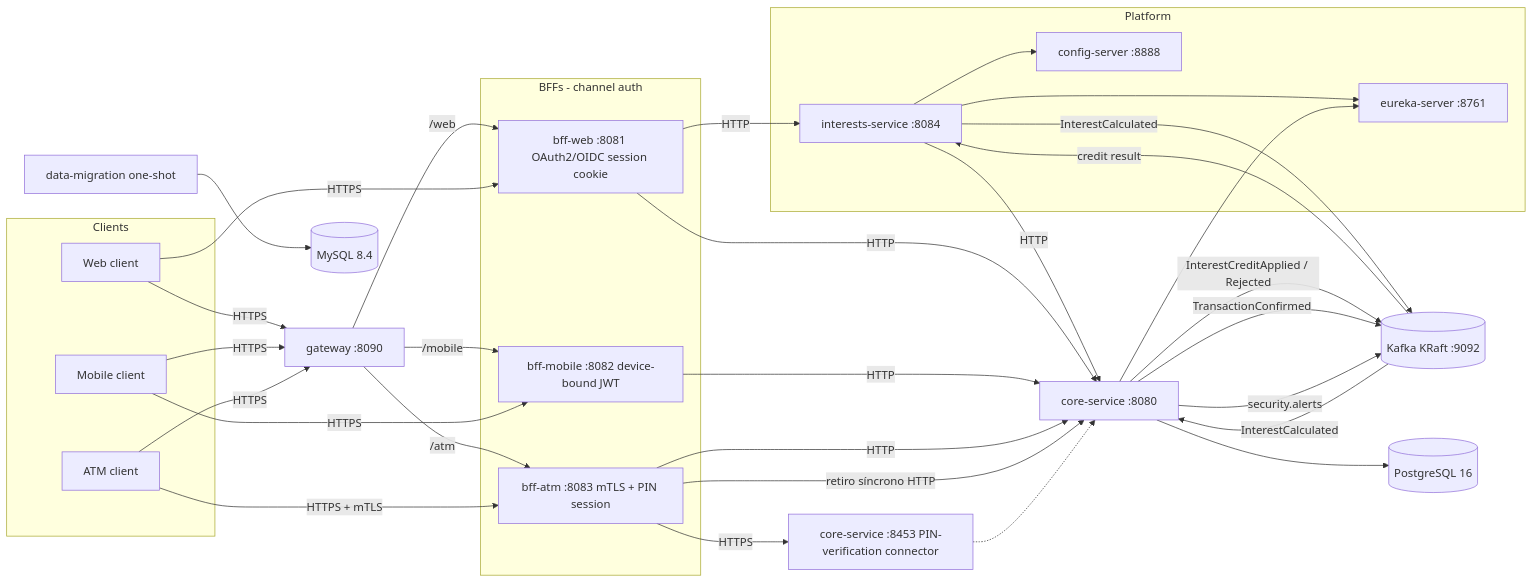
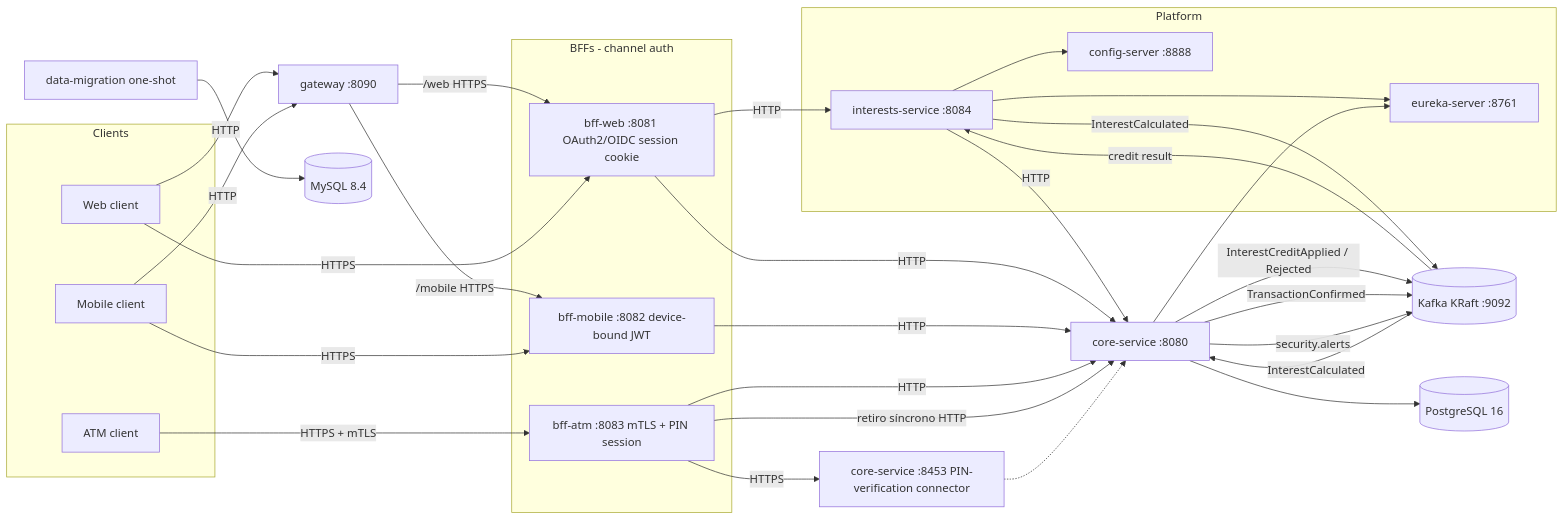
The diagram in README.md (L0ncho/xyz_bank_server_EFT), drawn with Mermaid before and after one commit. The commit also changed other lines of this file and 11 other files, not shown here.

````diff
--- a/README.md
+++ b/README.md
@@ -23,58 +46,56 @@
 ```mermaid
 flowchart LR
   subgraph clients [Clients]
     WebClient[Web client]
     MobileClient[Mobile client]
     AtmClient[ATM client]
   end
 
   Gateway[gateway :8090]
 
   subgraph bffs [BFFs - channel auth]
     BffWeb[bff-web :8081 OAuth2/OIDC session cookie]
     BffMobile[bff-mobile :8082 device-bound JWT]
     BffAtm[bff-atm :8083 mTLS + PIN session]
   end
 
   subgraph platform [Platform]
     ConfigServer[config-server :8888]
     EurekaServer[eureka-server :8761]
     InterestsService[interests-service :8084]
   end
 
   CoreService[core-service :8080]
   CoreServicePin[core-service :8453 PIN-verification connector]
   Kafka[(Kafka KRaft :9092)]
   Postgres[(PostgreSQL 16)]
   MySQL[(MySQL 8.4)]
   Migration[data-migration one-shot]
 
-  WebClient -- HTTPS --> Gateway
-  MobileClient -- HTTPS --> Gateway
-  AtmClient -- HTTPS --> Gateway
-  Gateway -- "/web" --> BffWeb
-  Gateway -- "/mobile" --> BffMobile
-  Gateway -- "/atm" --> BffAtm
+  WebClient -- HTTP --> Gateway
+  MobileClient -- HTTP --> Gateway
+  Gateway -- "/web HTTPS" --> BffWeb
+  Gateway -- "/mobile HTTPS" --> BffMobile
   WebClient -- HTTPS --> BffWeb
   MobileClient -- HTTPS --> BffMobile
   AtmClient -- HTTPS + mTLS --> BffAtm
   BffWeb -- HTTP --> InterestsService
   BffWeb -- HTTP --> CoreService
   BffMobile -- HTTP --> CoreService
   BffAtm -- HTTP --> CoreService
   BffAtm -- HTTPS --> CoreServicePin
   InterestsService -- HTTP --> CoreService
   InterestsService -- "InterestCalculated" --> Kafka
   Kafka -- "InterestCalculated" --> CoreService
   CoreService -- "InterestCreditApplied / Rejected" --> Kafka
   Kafka -- "credit result" --> InterestsService
   CoreService -- "TransactionConfirmed" --> Kafka
   CoreService -- "security.alerts" --> Kafka
   BffAtm -- "retiro síncrono HTTP" --> CoreService
   InterestsService --> ConfigServer
   InterestsService --> EurekaServer
   CoreService --> EurekaServer
   CoreService --> Postgres
   CoreServicePin -.-> CoreService
   Migration --> MySQL
 ```
````
